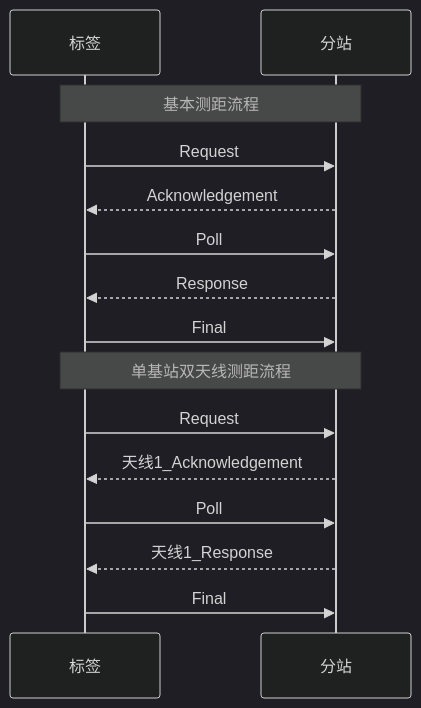
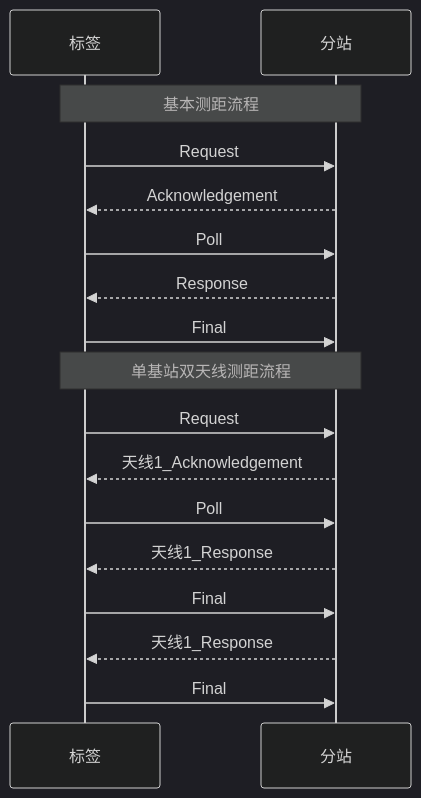
One commit to geek-zhao/iodraw-files changed the diagram in all/未命名.md. Above: the diagram before and after it, drawn with Mermaid (dark theme).

Commit message:
2024-08-17 14:07:03 update

````diff
--- a/all/未命名.md
+++ b/all/未命名.md
@@ -1,22 +1,23 @@
 ```mermaid
 sequenceDiagram
     participant tag as 标签
     participant anchor as 分站
 
     Note over tag,anchor: 基本测距流程
 
     tag->>anchor: Request
     anchor-->>tag: Acknowledgement
     tag->>anchor: Poll
     anchor-->>tag: Response
     tag->>anchor: Final       
 
     Note over tag,anchor: 单基站双天线测距流程
 
     tag->>anchor: Request
     anchor-->>tag: 天线1_Acknowledgement
     tag->>anchor: Poll
     anchor-->>tag: 天线1_Response
     tag->>anchor: Final   
-
+    anchor-->>tag: 天线1_Response
+    tag->>anchor: Final   
 ```
````
